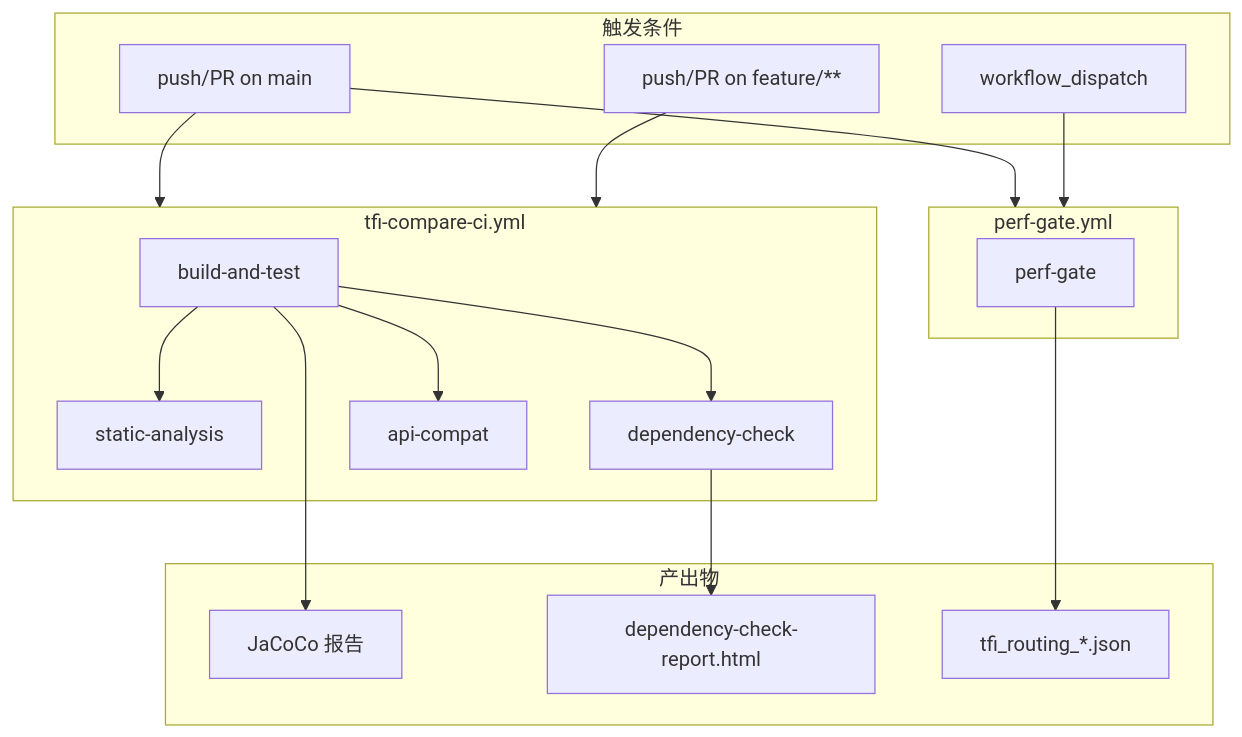
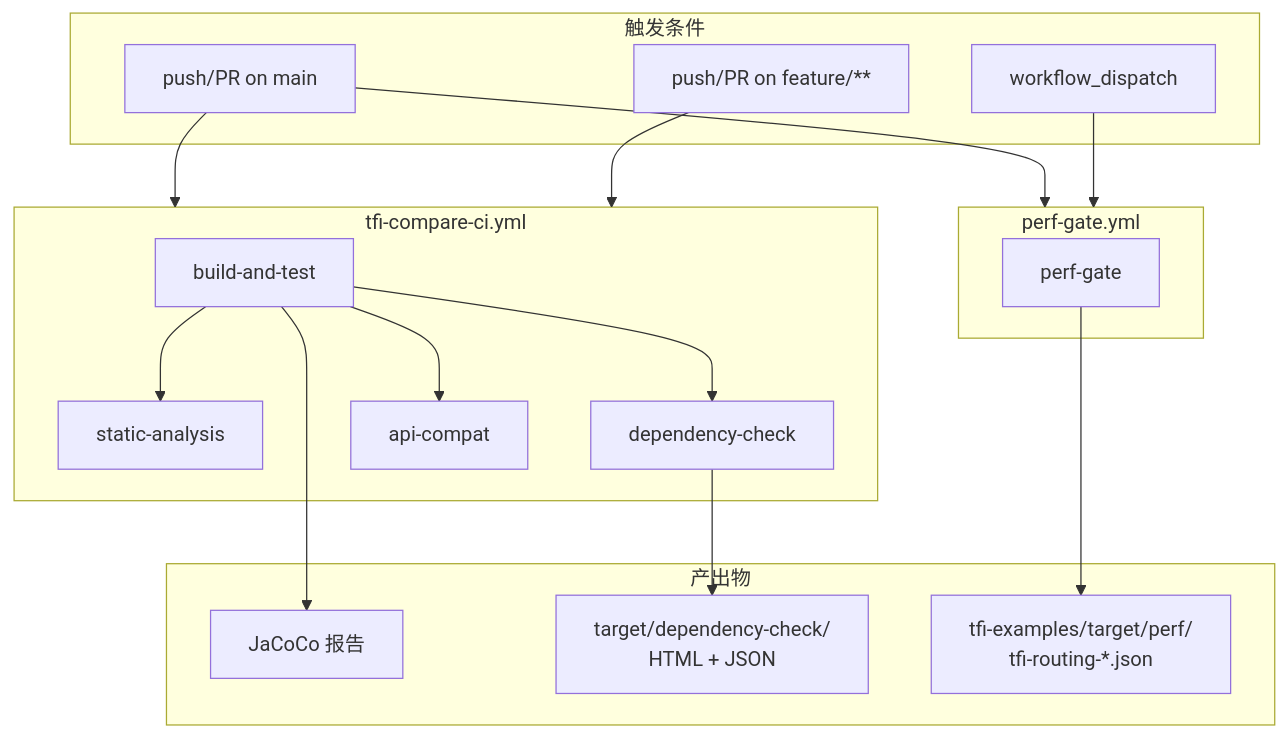
Before and after one commit to shiyongyin/TaskFlowInsight: the diagram in tfi-examples/docs/project-overview/ops-doc.md, drawn with Mermaid. The commit also changed other lines of this file and 571 other files, not shown here.

````diff
--- a/tfi-examples/docs/project-overview/ops-doc.md
+++ b/tfi-examples/docs/project-overview/ops-doc.md
@@ -36,37 +36,37 @@
 ```mermaid
 flowchart TB
     subgraph Trigger["触发条件"]
         T1[push/PR on main]
         T2[push/PR on feature/**]
         T3[workflow_dispatch]
     end
 
     subgraph tfi_compare["tfi-compare-ci.yml"]
         B[build-and-test]
         S[static-analysis]
         D[dependency-check]
         A[api-compat]
         B --> S
         B --> D
         B --> A
     end
 
     subgraph perf["perf-gate.yml"]
         P[perf-gate]
     end
 
     T1 --> tfi_compare
     T2 --> tfi_compare
     T1 --> perf
     T3 --> perf
 
     subgraph Artifacts["产出物"]
         AR1[JaCoCo 报告]
-        AR2[dependency-check-report.html]
-        AR3[tfi_routing_*.json]
+        AR2[target/dependency-check/<br/>HTML + JSON]
+        AR3[tfi-examples/target/perf/<br/>tfi-routing-*.json]
     end
 
     B --> AR1
     D --> AR2
     P --> AR3
 ```
````
